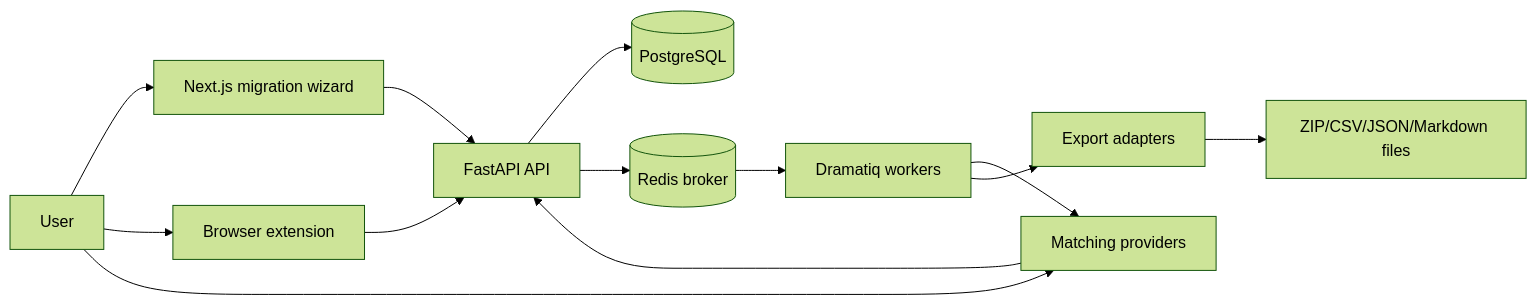
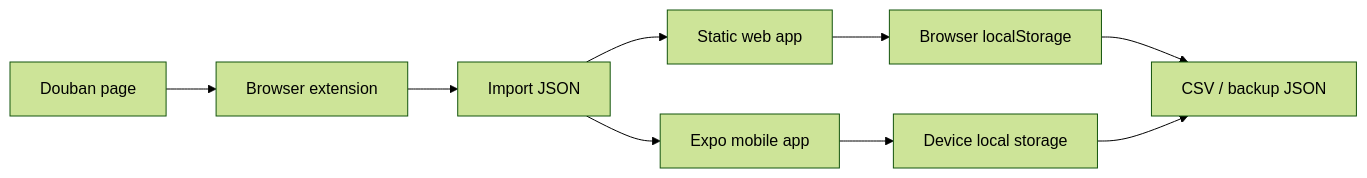
One commit to otterlymavis/DoubanRefugee changed the diagram in docs/ARCHITECTURE.md. Above: the diagram before and after it, drawn with Mermaid (forest theme). The commit also changed other lines of this file and 56 other files, not shown here.

Commit message:
Remove backend and make app local-only

````diff
--- a/docs/ARCHITECTURE.md
+++ b/docs/ARCHITECTURE.md
@@ -6,15 +7,11 @@
 ```mermaid
 flowchart LR
-  U["User"] --> UI["Next.js migration wizard"]
-  U --> E["Browser extension"]
-  U --> M["Expo mobile app (iOS / Android)"]
-  UI --> API["FastAPI API"]
-  E --> API
-  M --> API
-  API --> DB[("PostgreSQL")]
-  API --> R[("Redis broker")]
-  R --> W["Dramatiq workers"]
-  W --> M["Matching providers"]
-  W --> X["Export adapters"]
-  X --> S["ZIP/CSV/JSON/Markdown files"]
+  D["Douban page"] --> E["Browser extension"]
+  E --> J["Import JSON"]
+  J --> W["Static web app"]
+  J --> M["Expo mobile app"]
+  W --> L["Browser localStorage"]
+  M --> S["Device local storage"]
+  L --> X["CSV / backup JSON"]
+  S --> X
 ```
````
